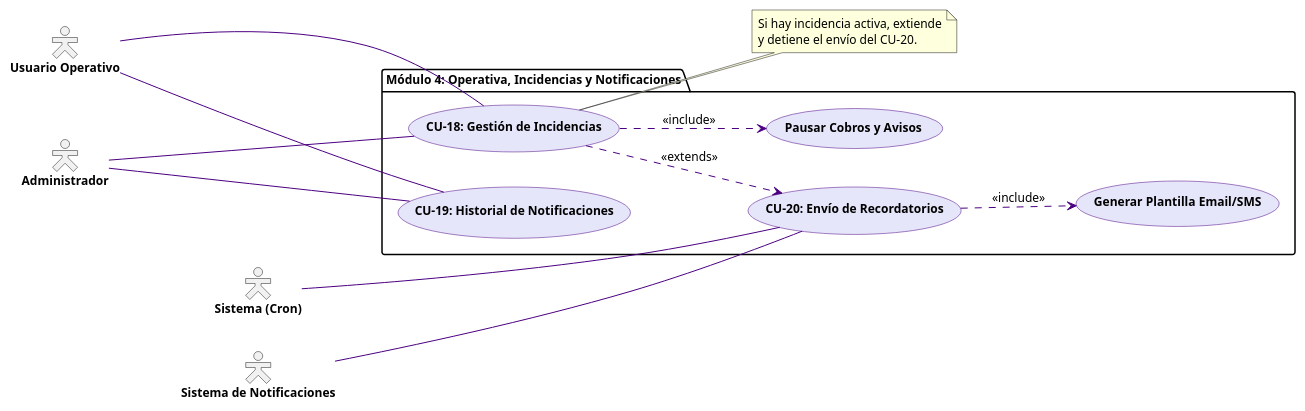
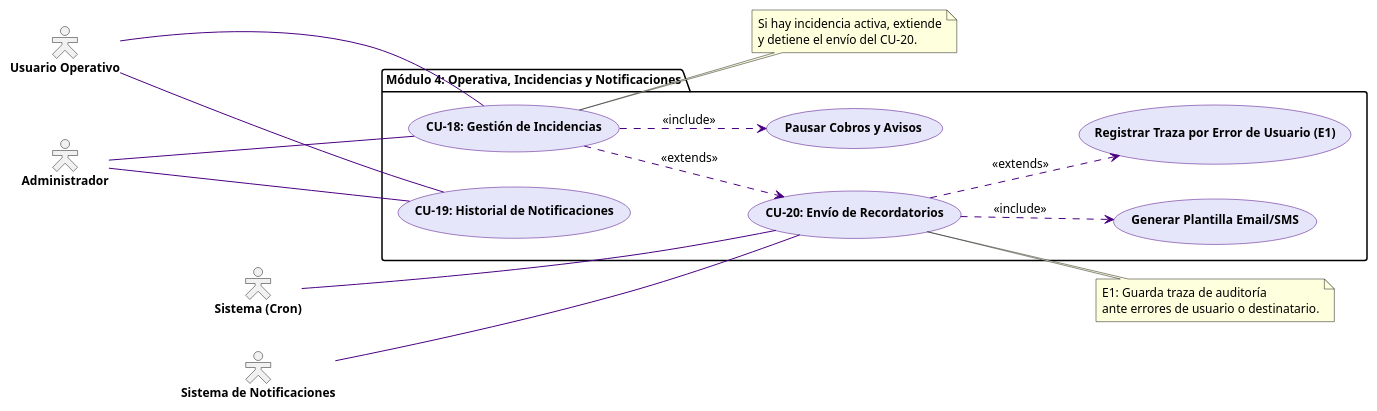
The diagram in doc/src/diagramas-uml/Modulo4OIN.pu (itsGuty/gatitos), drawn with PlantUML before and after one commit. The commit also changed 4 other files, not shown here.

First line of the commit message:
UpdatedDiagramsCode

```diff
--- a/doc/src/diagramas-uml/Modulo4OIN.pu
+++ b/doc/src/diagramas-uml/Modulo4OIN.pu
@@ -1,51 +1,58 @@
 @startuml
 skinparam actorStyle hollow
 skinparam defaultFontColor black
 skinparam defaultFontSize 12
 
 skinparam usecase {
   BackgroundColor #E6E6FA
   BorderColor #4B0082
   ArrowColor #4B0082
   FontColor black
   FontStyle bold
 }
 
 skinparam actor {
   FontColor black
   FontStyle bold
 }
 
 left to right direction
 
 actor "Usuario Operativo" as OpUser
 actor "Administrador" as Admin
 actor "Sistema (Cron)" as CronSystem
 actor "Sistema de Notificaciones" as NotifSystem
 
 package "Módulo 4: Operativa, Incidencias y Notificaciones" {
   usecase "CU-18: Gestión de Incidencias" as CU18
   usecase "CU-19: Historial de Notificaciones" as CU19
   usecase "CU-20: Envío de Recordatorios" as CU20
   
   usecase "Pausar Cobros y Avisos" as PauseBilling
   usecase "Generar Plantilla Email/SMS" as GenTemplate
+  usecase "Registrar Traza por Error de Usuario (E1)" as LogNotifError
 }
 
 OpUser --- CU18
 OpUser --- CU19
 Admin --- CU18
 Admin --- CU19
 CronSystem --- CU20
 NotifSystem --- CU20
 
 CU18 ..> PauseBilling : <<include>>
 CU20 ..> GenTemplate : <<include>>
 CU18 ..> CU20 : <<extends>>
+CU20 ..> LogNotifError : <<extends>>
 
 note right of CU18
   Si hay incidencia activa, extiende
   y detiene el envío del CU-20.
 end note
 
+note right of CU20
+  E1: Guarda traza de auditoría
+  ante errores de usuario o destinatario.
+end note
+
 @enduml
```
